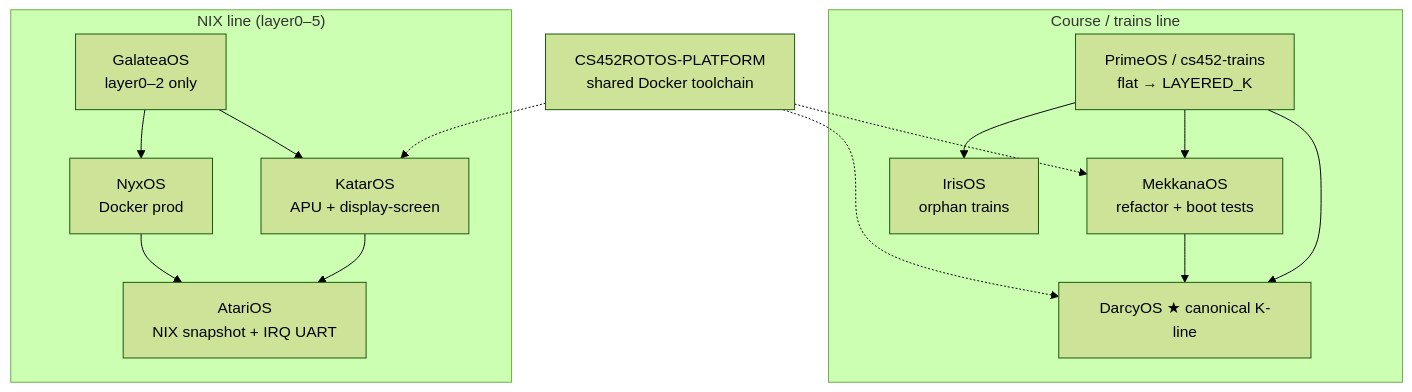
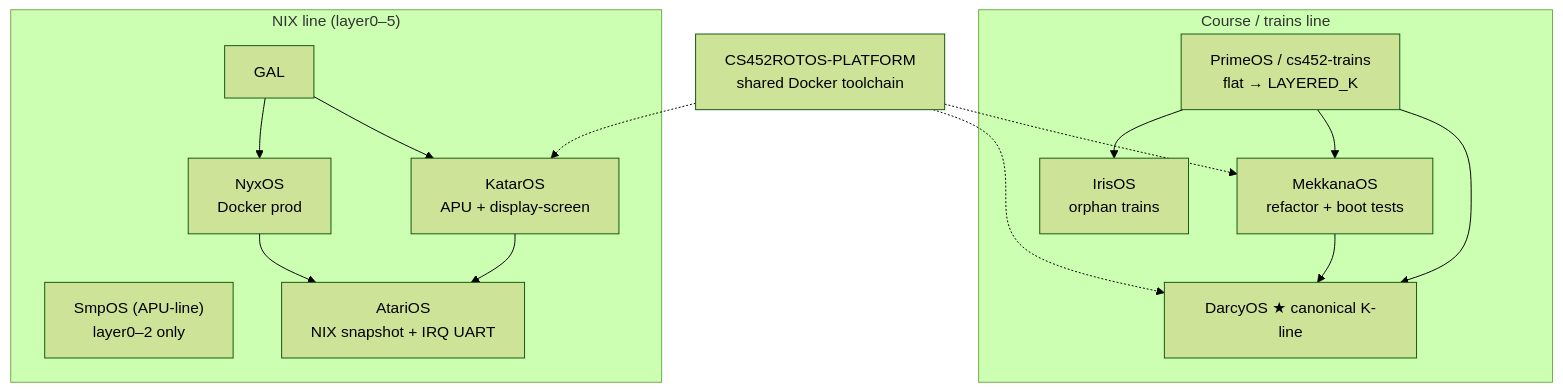
One commit to codejedi-ai/Galatea-NIX changed the diagram in docs/CODE_EVOLUTION_TREE.md. Above: the diagram before and after it, drawn with Mermaid (forest theme). The commit also changed other lines of this file and 260 other files, not shown here.

````diff
--- a/docs/CODE_EVOLUTION_TREE.md
+++ b/docs/CODE_EVOLUTION_TREE.md
@@ -7,29 +7,29 @@
 ```mermaid
 flowchart TB
   subgraph course["Course / trains line"]
     TRAINS["PrimeOS / cs452-trains<br/>flat → LAYERED_K"]
     IRIS["IrisOS<br/>orphan trains"]
     MEK["MekkanaOS<br/>refactor + boot tests"]
     DARCY["DarcyOS ★ canonical K-line"]
     TRAINS --> IRIS
     TRAINS --> MEK
     MEK --> DARCY
     TRAINS --> DARCY
   end
 
   subgraph nix["NIX line (layer0–5)"]
-    GAL["GalateaOS<br/>layer0–2 only"]
+    SMP["SmpOS (APU-line)<br/>layer0–2 only"]
     NYX["NyxOS<br/>Docker prod"]
     KAT["KatarOS<br/>APU + display-screen"]
     ATARI["AtariOS<br/>NIX snapshot + IRQ UART"]
     GAL --> NYX
     GAL --> KAT
     KAT --> ATARI
     NYX --> ATARI
   end
 
   PLATFORM["CS452ROTOS-PLATFORM<br/>shared Docker toolchain"]
   PLATFORM -.-> DARCY
   PLATFORM -.-> KAT
   PLATFORM -.-> MEK
 ```
````
